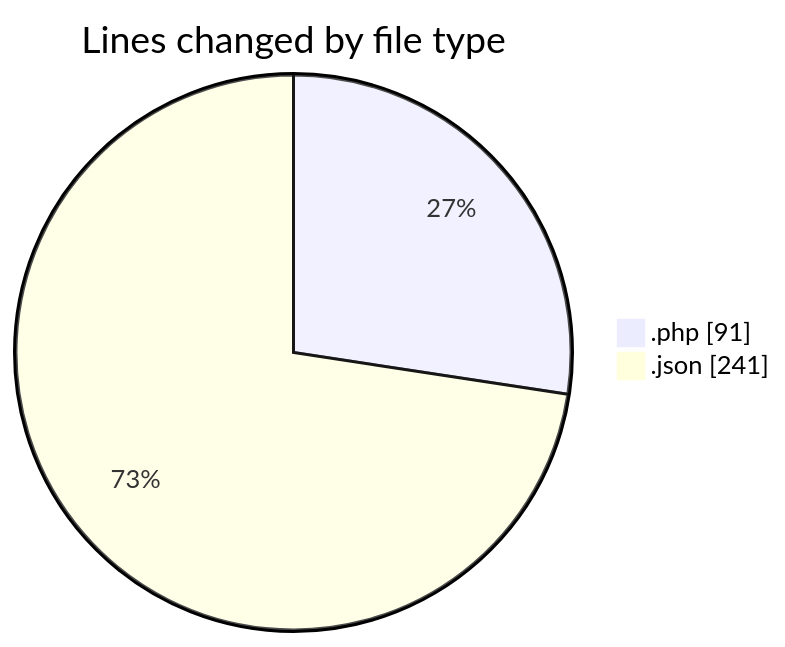
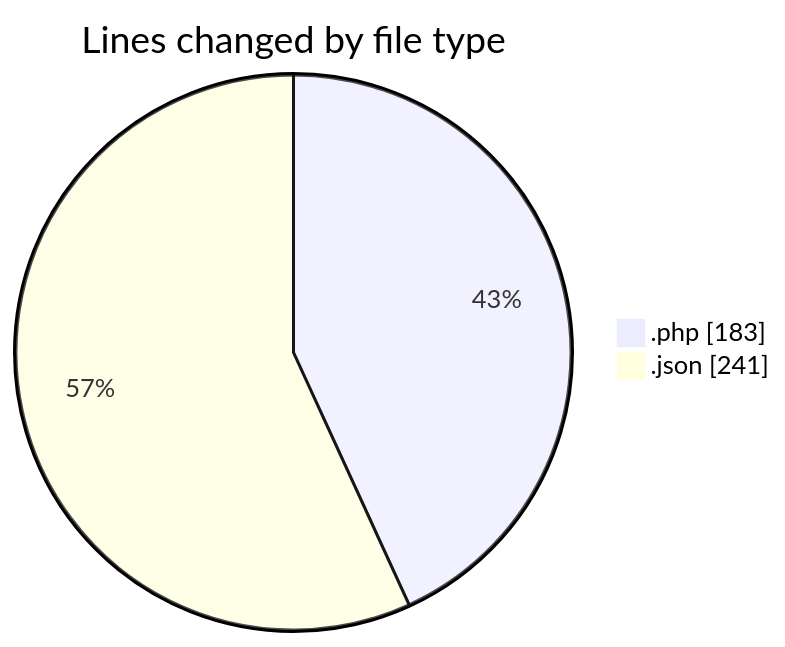
Before and after one commit to idhammustaqopulfikri/code-tracking: the first of 2 diagrams in 2025-03-28/autodidak/README.md, drawn with Mermaid. The commit also changed other lines of this file and 1 other file, not shown here.

````diff
--- a/2025-03-28/autodidak/README.md
+++ b/2025-03-28/autodidak/README.md
@@ -23,6 +23,6 @@
 ```mermaid
 pie showData
 title Lines changed by file type
-".php" : 91
+".php" : 183
 ".json" : 241
 ```
````
